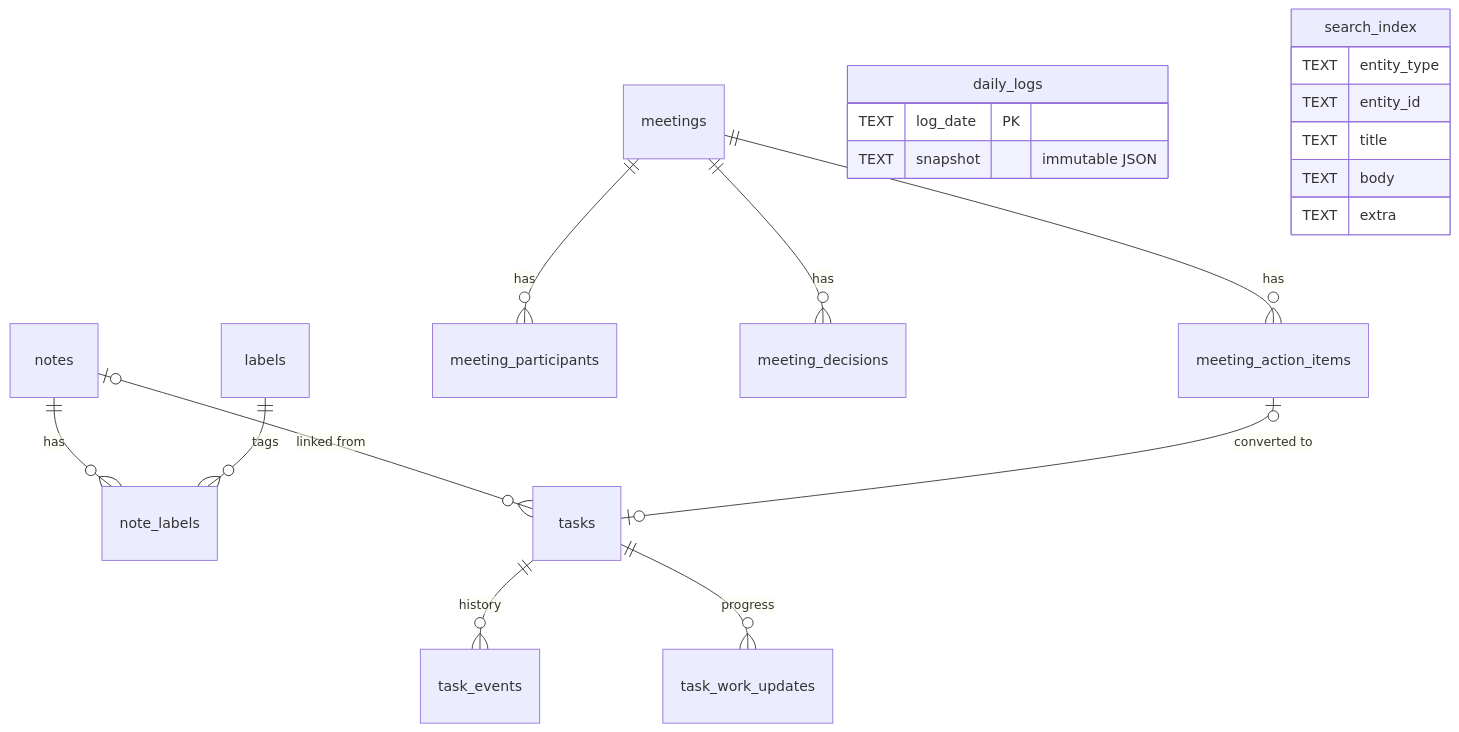
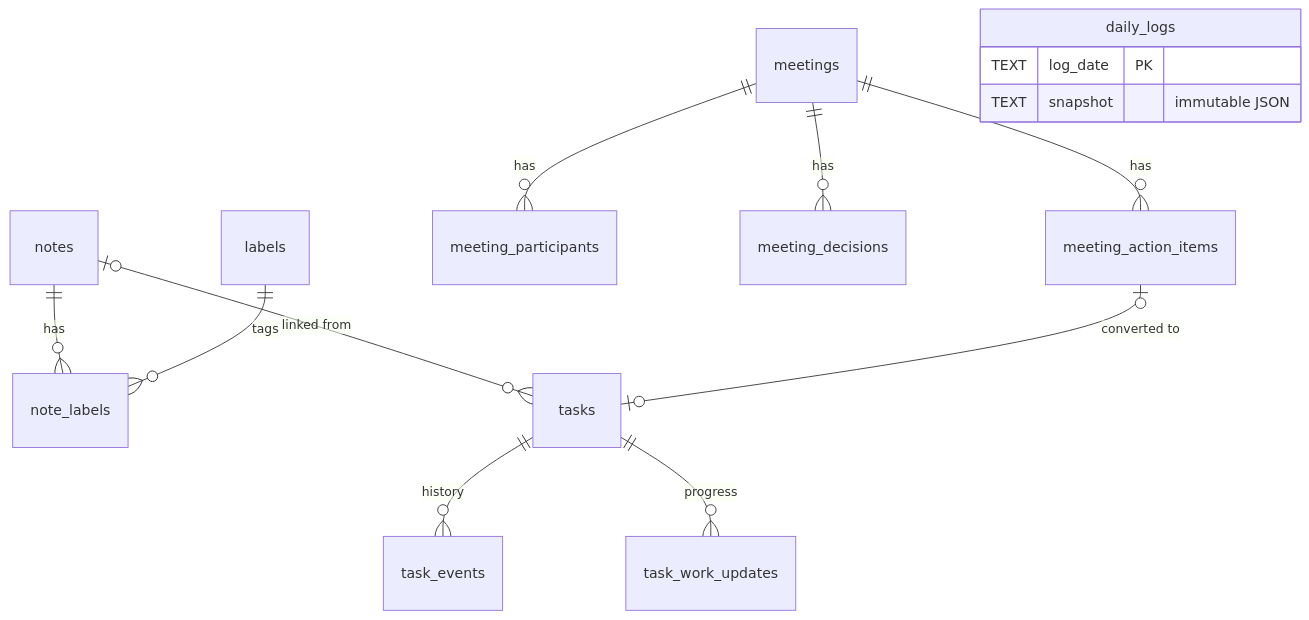
The diagram in desktop-pet-docs/docs/05-backend/backend-schema.md (yokshith09/DESKTOP-PET), drawn with Mermaid before and after one commit. The commit also changed other lines of this file and 29 other files, not shown here.

````diff
--- a/desktop-pet-docs/docs/05-backend/backend-schema.md
+++ b/desktop-pet-docs/docs/05-backend/backend-schema.md
@@ -29,23 +29,16 @@
 ```mermaid
 erDiagram
     notes ||--o{ note_labels : has
     labels ||--o{ note_labels : tags
     notes |o--o{ tasks : "linked from"
     tasks ||--o{ task_events : history
     tasks ||--o{ task_work_updates : progress
     meetings ||--o{ meeting_participants : has
     meetings ||--o{ meeting_decisions : has
     meetings ||--o{ meeting_action_items : has
     meeting_action_items |o--o| tasks : "converted to"
     daily_logs {
         TEXT log_date PK
         TEXT snapshot "immutable JSON"
     }
-    search_index {
-        TEXT entity_type
-        TEXT entity_id
-        TEXT title
-        TEXT body
-        TEXT extra
-    }
 ```
````
